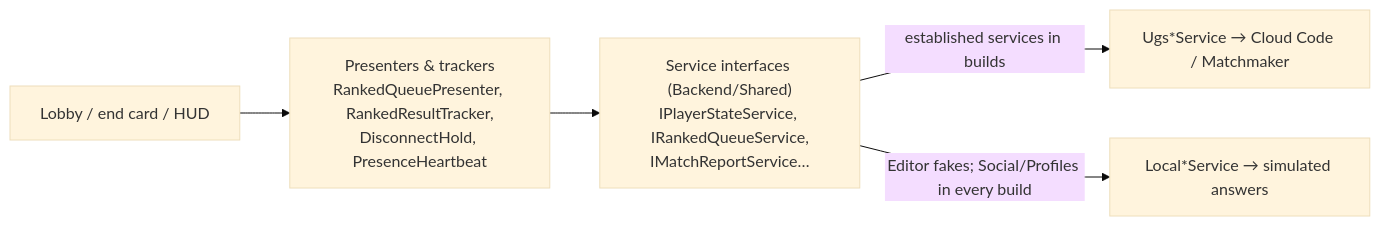
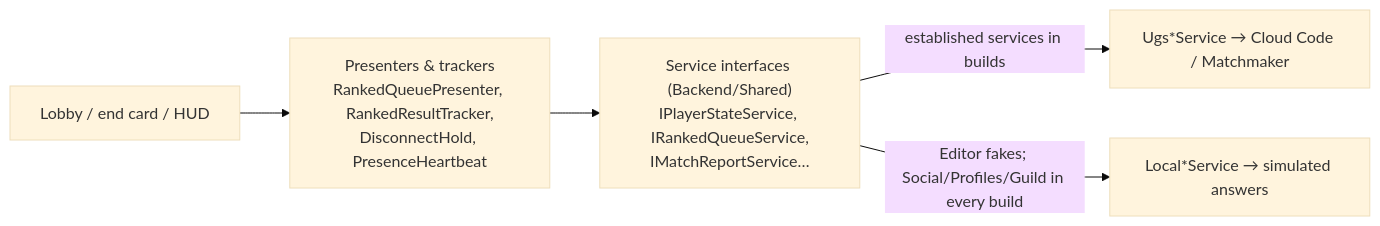
One commit to owen-donohoe/NodeGame changed the diagram in notes/1 Systems/Backend client.md. Above: the diagram before and after it, drawn with Mermaid (base theme). The commit also changed other lines of this file and 6 other files, not shown here.

````diff
--- a/notes/1 Systems/Backend client.md
+++ b/notes/1 Systems/Backend client.md
@@ -38,7 +38,7 @@
 ```mermaid
 flowchart LR
     UI[Lobby / end card / HUD] --> P["Presenters & trackers<br/>RankedQueuePresenter, RankedResultTracker,<br/>DisconnectHold, PresenceHeartbeat"]
     P --> S["Service interfaces (Backend/Shared)<br/>IPlayerStateService, IRankedQueueService,<br/>IMatchReportService…"]
     S -->|established services in builds| U["Ugs*Service → Cloud Code / Matchmaker"]
-    S -->|Editor fakes; Social/Profiles in every build| L["Local*Service → simulated answers"]
+    S -->|Editor fakes; Social/Profiles/Guild in every build| L["Local*Service → simulated answers"]
 ```
````
